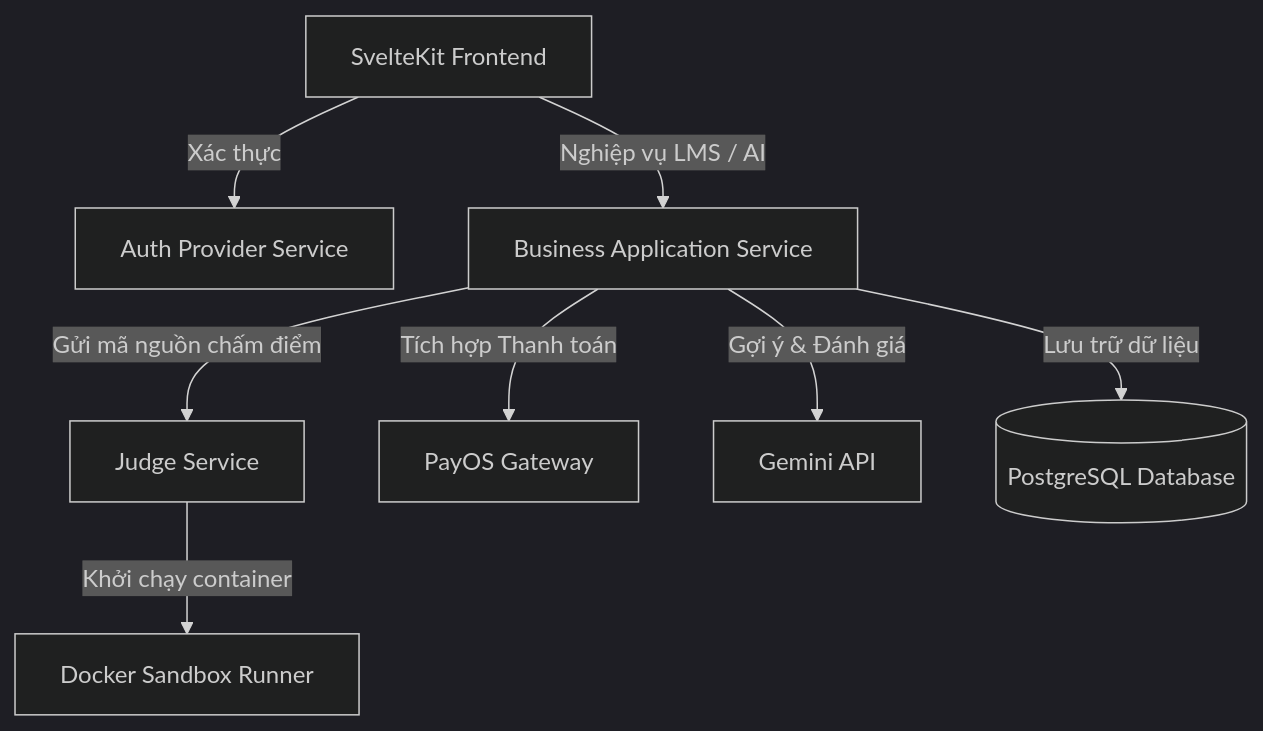
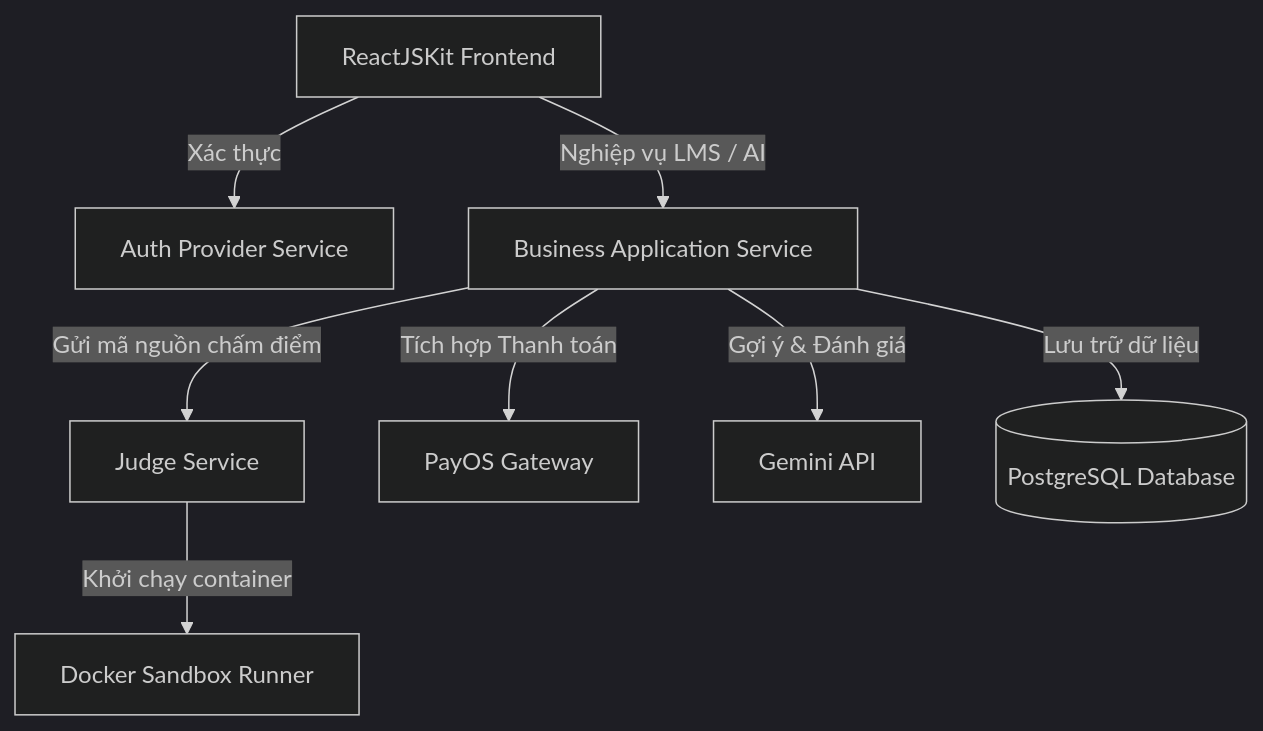
The first of 4 diagrams in docs/prd-documents/prd.md (nguyenkhaan/LMS-coding-platform), drawn with Mermaid (dark theme) before and after one commit. The commit also changed other lines of this file and 7 other files, not shown here.

````diff
--- a/docs/prd-documents/prd.md
+++ b/docs/prd-documents/prd.md
@@ -27,10 +27,10 @@
 ```mermaid
 graph TD
-    A[SvelteKit Frontend] -->|Xác thực| B[Auth Provider Service]
+    A[ReactJSKit Frontend] -->|Xác thực| B[Auth Provider Service]
     A -->|Nghiệp vụ LMS / AI| C[Business Application Service]
     C -->|Gửi mã nguồn chấm điểm| D[Judge Service]
     D -->|Khởi chạy container| E[Docker Sandbox Runner]
     C -->|Tích hợp Thanh toán| F[PayOS Gateway]
     C -->|Gợi ý & Đánh giá| G[Gemini API]
     C -->|Lưu trữ dữ liệu| H[(PostgreSQL Database)]
 ```
````
